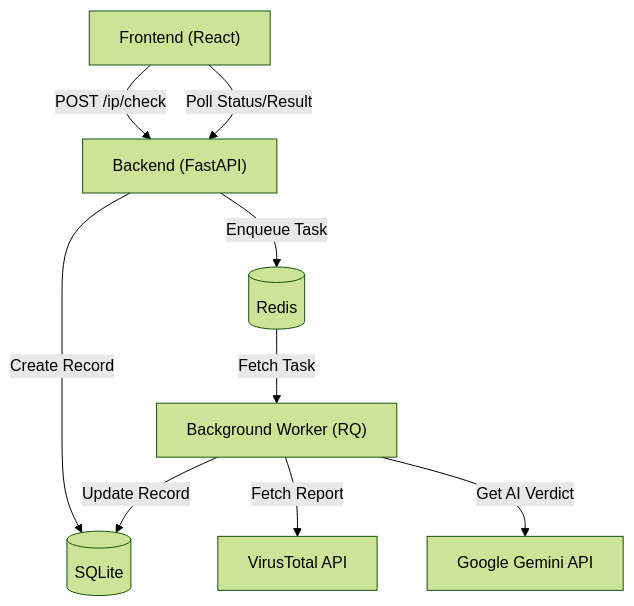
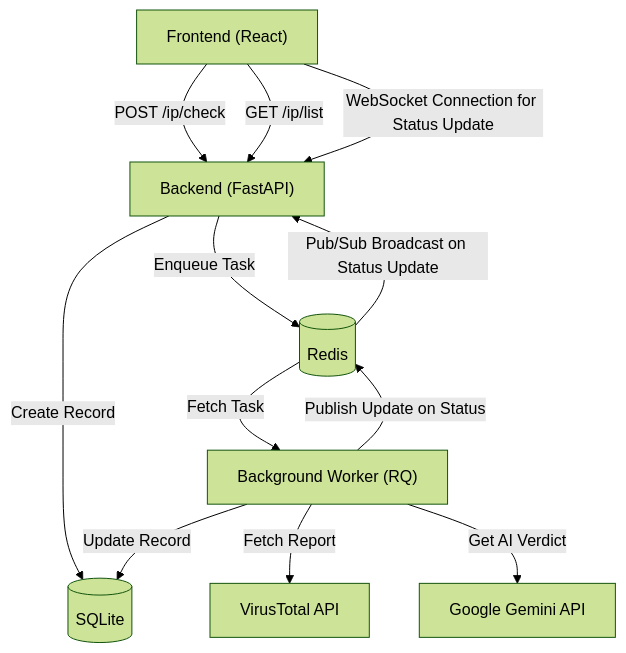
Before and after one commit to janos-gonye/eo-py-coding-challenge: the diagram in README.md, drawn with Mermaid (forest theme). The commit also changed other lines of this file and 16 other files, not shown here.

````diff
--- a/README.md
+++ b/README.md
@@ -11,11 +11,14 @@
 ```mermaid
 graph TD
     UI["Frontend (React)"] -- "POST /ip/check" --> API["Backend (FastAPI)"]
+    UI -- "GET /ip/list" --> API
     API -- "Create Record" --> DB[("SQLite")]
     API -- "Enqueue Task" --> Redis[("Redis")]
     Redis -- "Fetch Task" --> Worker["Background Worker (RQ)"]
     Worker -- "Fetch Report" --> VT["VirusTotal API"]
     Worker -- "Get AI Verdict" --> Gemini["Google Gemini API"]
     Worker -- "Update Record" --> DB
-    UI -- "Poll Status/Result" --> API
+    Worker -- "Publish Update on Status" --> Redis
+    Redis -- "Pub/Sub Broadcast on Status Update" --> API
+    UI -- "WebSocket Connection for Status Update" --> API
 ```
````
